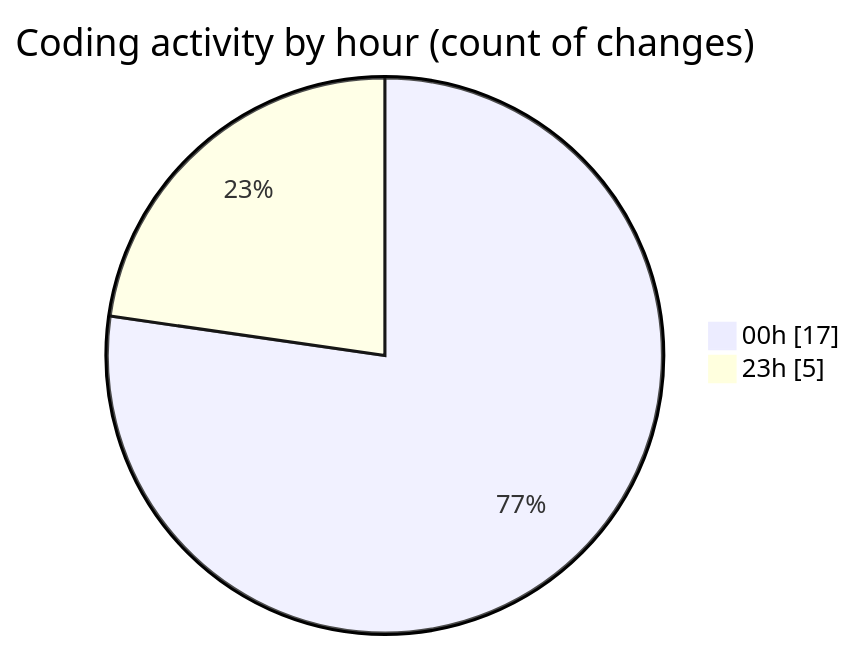
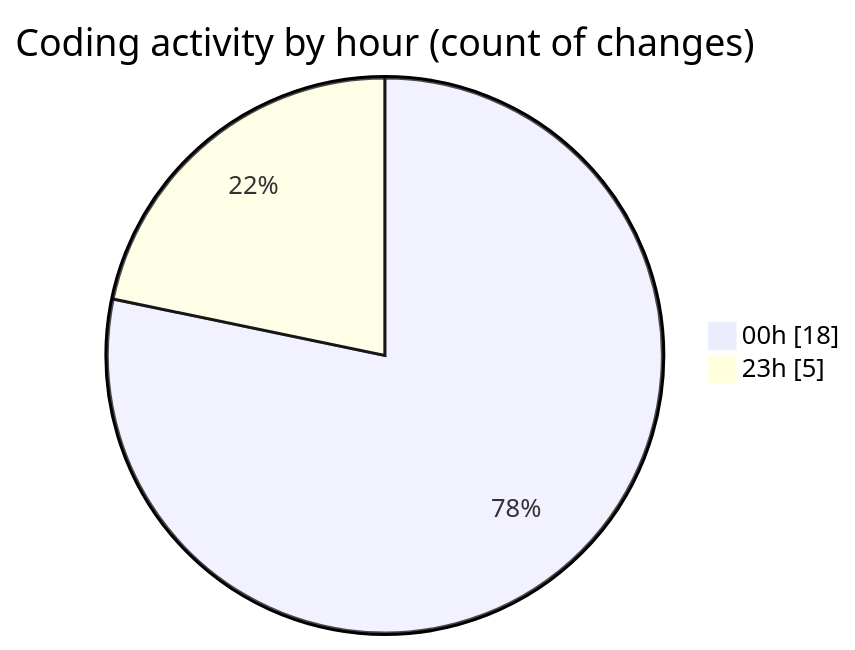
The second of 2 diagrams in 2025-11-27/eventscop-frontend-guide__workspace_/README.md (julien-gomy/code-tracking), drawn with Mermaid before and after one commit. The commit also changed other lines of this file and 1 other file, not shown here.

````diff
--- a/2025-11-27/eventscop-frontend-guide__workspace_/README.md
+++ b/2025-11-27/eventscop-frontend-guide__workspace_/README.md
@@ -37,6 +37,6 @@
 ```mermaid
 pie showData
 title Coding activity by hour (count of changes)
-"00h" : 17
+"00h" : 18
 "23h" : 5
 ```
````
